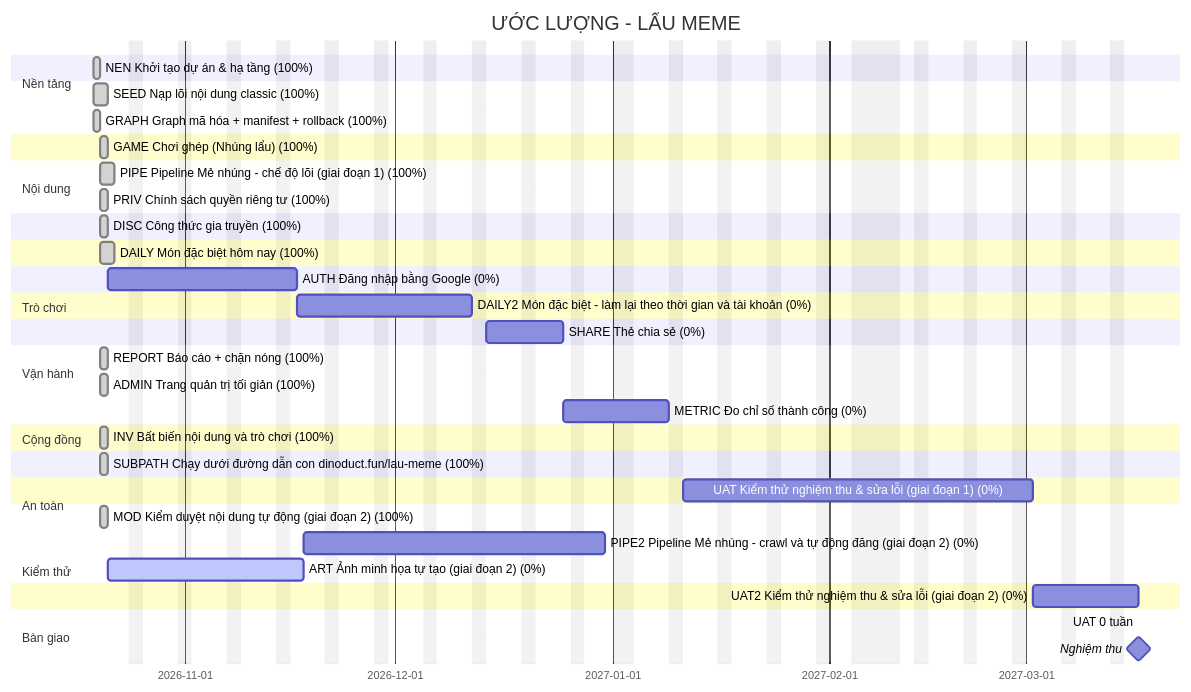
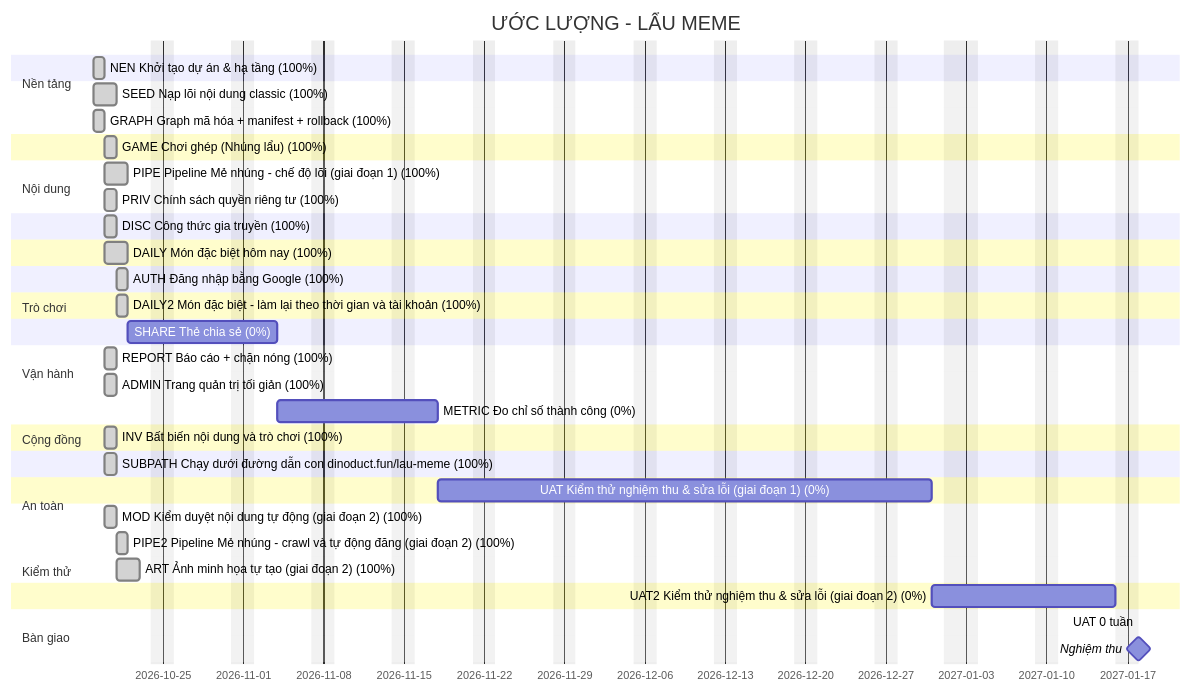
One commit to thucnq/lau-meme changed the diagram in docs/plan/gantt.md. Above: the diagram before and after it, drawn with Mermaid. The commit also changed other lines of this file and 3 other files, not shown here.

First line of the commit message:
docs(plan): cập nhật tiến độ - AUTH, DAILY2, PIPE2, ART xong và đã lên staging; đánh dấu AC đã xanh theo bằng chứng; chạy lại kế hoạch (82% theo điểm)

````diff
--- a/docs/plan/gantt.md
+++ b/docs/plan/gantt.md
@@ -5,48 +5,48 @@
 ```mermaid
 gantt
     title ƯỚC LƯỢNG - LẨU MEME
     dateFormat YYYY-MM-DD
-    excludes weekends, 2027-01-01, 2027-02-04, 2027-02-05, 2027-02-06, 2027-02-07, 2027-02-08, 2027-02-09, 2027-02-10, 2027-04-30, 2027-05-01
+    excludes weekends, 2027-01-01, 2027-02-04, 2027-02-05, 2027-02-06, 2027-02-07, 2027-02-08, 2027-02-09, 2027-02-10
     todayMarker stroke-width:2px,stroke:#d33
     section Nền tảng
     NEN Khởi tạo dự án & hạ tầng (100%) :done, NEN, 2026-10-19, 1d
     section Nội dung
     SEED Nạp lõi nội dung classic (100%) :done, SEED, 2026-10-19, 2d
     GRAPH Graph mã hóa + manifest + rollback (100%) :done, GRAPH, 2026-10-19, 1d
     section Trò chơi
     GAME Chơi ghép (Nhúng lẩu) (100%) :done, GAME, 2026-10-20, 1d
     section Nội dung
     PIPE Pipeline Mẻ nhúng - chế độ lõi (giai đoạn 1) (100%) :done, PIPE, 2026-10-20, 2d
     section Vận hành
     PRIV Chính sách quyền riêng tư (100%) :done, PRIV, 2026-10-20, 1d
     section Cộng đồng
     DISC Công thức gia truyền (100%) :done, DISC, 2026-10-20, 1d
     section Trò chơi
     DAILY Món đặc biệt hôm nay (100%) :done, DAILY, 2026-10-20, 2d
     section Cộng đồng
-    AUTH Đăng nhập bằng Google (0%) :AUTH, 2026-10-21, 19d
+    AUTH Đăng nhập bằng Google (100%) :done, AUTH, 2026-10-21, 1d
     section Trò chơi
-    DAILY2 Món đặc biệt - làm lại theo thời gian và tài khoản (0%) :DAILY2, 2026-11-17, 19d
+    DAILY2 Món đặc biệt - làm lại theo thời gian và tài khoản (100%) :done, DAILY2, 2026-10-21, 1d
     section Cộng đồng
-    SHARE Thẻ chia sẻ (0%) :SHARE, 2026-12-14, 9d
+    SHARE Thẻ chia sẻ (0%) :SHARE, 2026-10-22, 9d
     section An toàn
     REPORT Báo cáo + chặn nóng (100%) :done, REPORT, 2026-10-20, 1d
     ADMIN Trang quản trị tối giản (100%) :done, ADMIN, 2026-10-20, 1d
     section Vận hành
-    METRIC Đo chỉ số thành công (0%) :METRIC, 2026-12-25, 10d
+    METRIC Đo chỉ số thành công (0%) :METRIC, 2026-11-04, 10d
     section Kiểm thử
     INV Bất biến nội dung và trò chơi (100%) :done, INV, 2026-10-20, 1d
     section Nền tảng
     SUBPATH Chạy dưới đường dẫn con dinoduct.fun/lau-meme (100%) :done, SUBPATH, 2026-10-20, 1d
     section Kiểm thử
-    UAT Kiểm thử nghiệm thu & sửa lỗi (giai đoạn 1) (0%) :UAT, 2027-01-11, 31d
+    UAT Kiểm thử nghiệm thu & sửa lỗi (giai đoạn 1) (0%) :UAT, 2026-11-18, 31d
     section Nội dung
     MOD Kiểm duyệt nội dung tự động (giai đoạn 2) (100%) :done, MOD, 2026-10-20, 1d
-    PIPE2 Pipeline Mẻ nhúng - crawl và tự động đăng (giai đoạn 2) (0%) :PIPE2, 2026-11-18, 31d
-    ART Ảnh minh họa tự tạo (giai đoạn 2) (0%) :active, ART, 2026-10-21, 20d
+    PIPE2 Pipeline Mẻ nhúng - crawl và tự động đăng (giai đoạn 2) (100%) :done, PIPE2, 2026-10-21, 1d
+    ART Ảnh minh họa tự tạo (giai đoạn 2) (100%) :done, ART, 2026-10-21, 2d
     section Kiểm thử
-    UAT2 Kiểm thử nghiệm thu & sửa lỗi (giai đoạn 2) (0%) :UAT2, 2027-03-02, 11d
+    UAT2 Kiểm thử nghiệm thu & sửa lỗi (giai đoạn 2) (0%) :UAT2, 2026-12-31, 11d
     section Bàn giao
-    UAT 0 tuần :uat, 2027-03-17, 0d
-    Nghiệm thu :milestone, 2027-03-17, 0d
+    UAT 0 tuần :uat, 2027-01-18, 0d
+    Nghiệm thu :milestone, 2027-01-18, 0d
 ```
````
